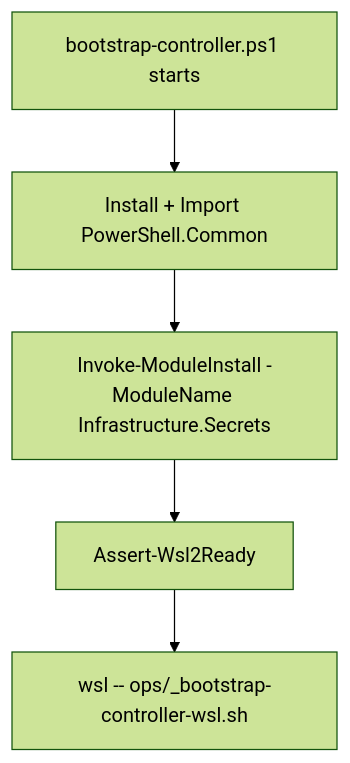
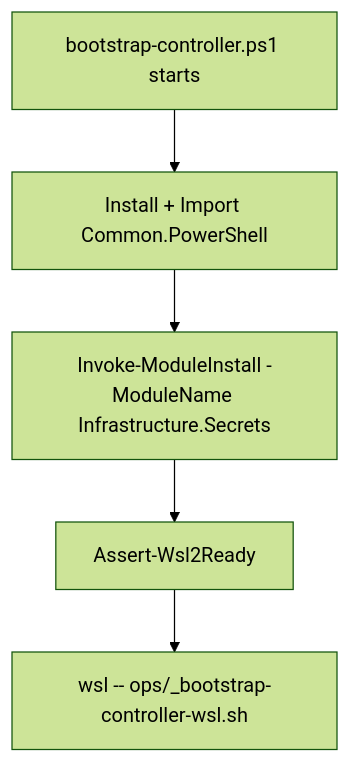
The fifth of 5 diagrams in docs/dev/implementation/02-groups-users-sudoers-creation/plan.md (Klark-Morrigan/Infrastructure-Vm-Ansible), drawn with Mermaid (forest theme) before and after one commit. The commit also changed other lines of this file and 23 other files, not shown here.

````diff
--- a/docs/dev/implementation/02-groups-users-sudoers-creation/plan.md
+++ b/docs/dev/implementation/02-groups-users-sudoers-creation/plan.md
@@ -526,7 +526,7 @@
 ```mermaid
 flowchart TD
-    A[bootstrap-controller.ps1 starts] --> B[Install + Import PowerShell.Common]
+    A[bootstrap-controller.ps1 starts] --> B[Install + Import Common.PowerShell]
     B --> C[Invoke-ModuleInstall -ModuleName Infrastructure.Secrets]
     C --> D[Assert-Wsl2Ready]
     D --> E[wsl -- ops/_bootstrap-controller-wsl.sh]
 ```
````
